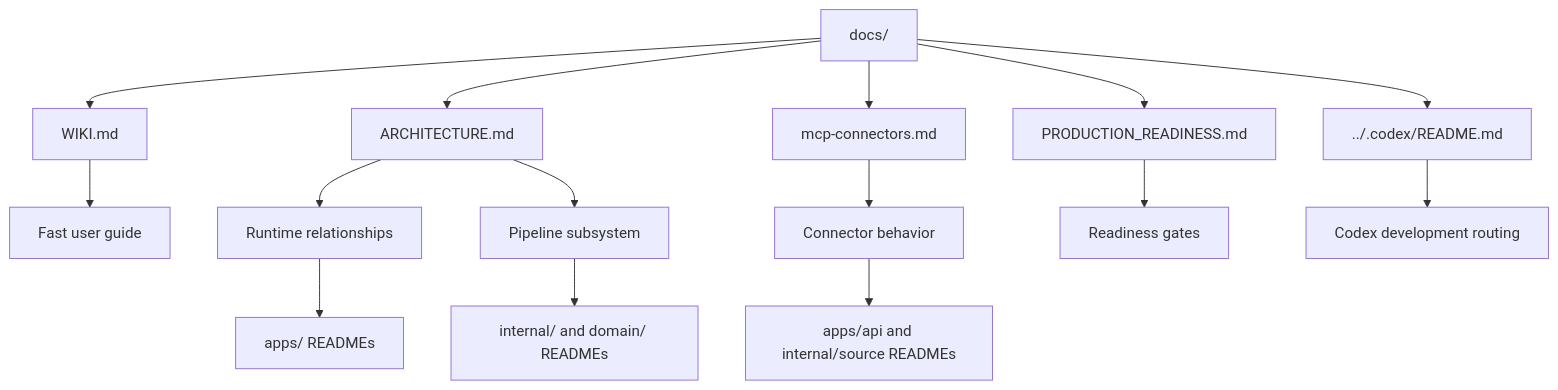
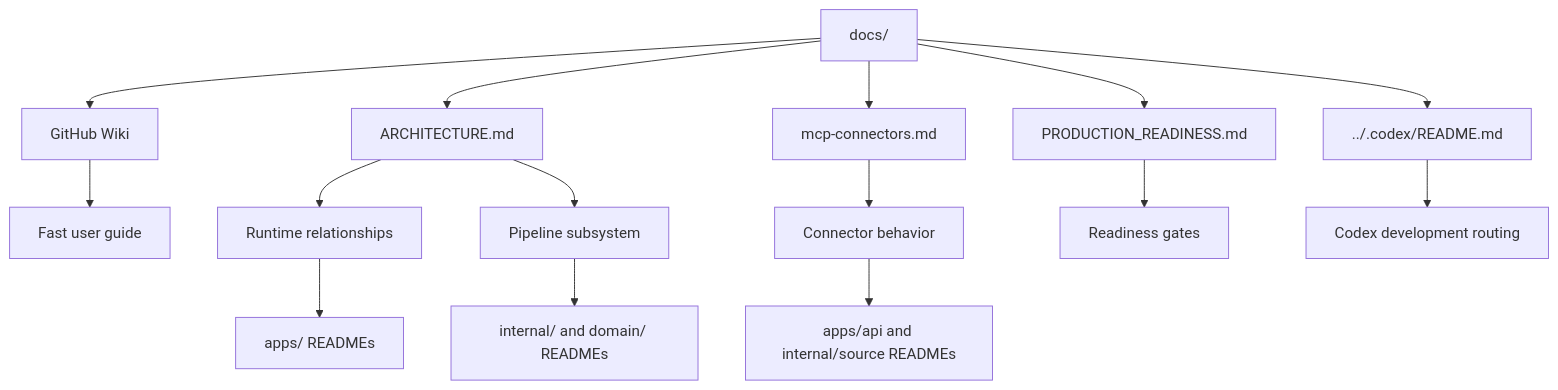
Before and after one commit to sx-tane/context-os: the diagram in docs/README.md, drawn with Mermaid. The commit also changed other lines of this file and 25 other files, not shown here.

````diff
--- a/docs/README.md
+++ b/docs/README.md
@@ -31,19 +31,19 @@
 ```mermaid
 flowchart TD
   ROOT[docs/] --> ARCH[ARCHITECTURE.md]
-  ROOT --> WIKI[WIKI.md]
+  ROOT --> WIKI[GitHub Wiki]
   ROOT --> PROD[PRODUCTION_READINESS.md]
   ROOT --> MCP[mcp-connectors.md]
   ROOT --> CODEX[../.codex/README.md]
 
   WIKI --> QUICK[Fast user guide]
   ARCH --> RUNTIME[Runtime relationships]
   ARCH --> PIPE[Pipeline subsystem]
   MCP --> SOURCES[Connector behavior]
   PROD --> GATES[Readiness gates]
   CODEX --> DEV[Codex development routing]
 
   RUNTIME --> APPDOCS[apps/ READMEs]
   PIPE --> INTERNAL[internal/ and domain/ READMEs]
   SOURCES --> API[apps/api and internal/source READMEs]
 ```
````
